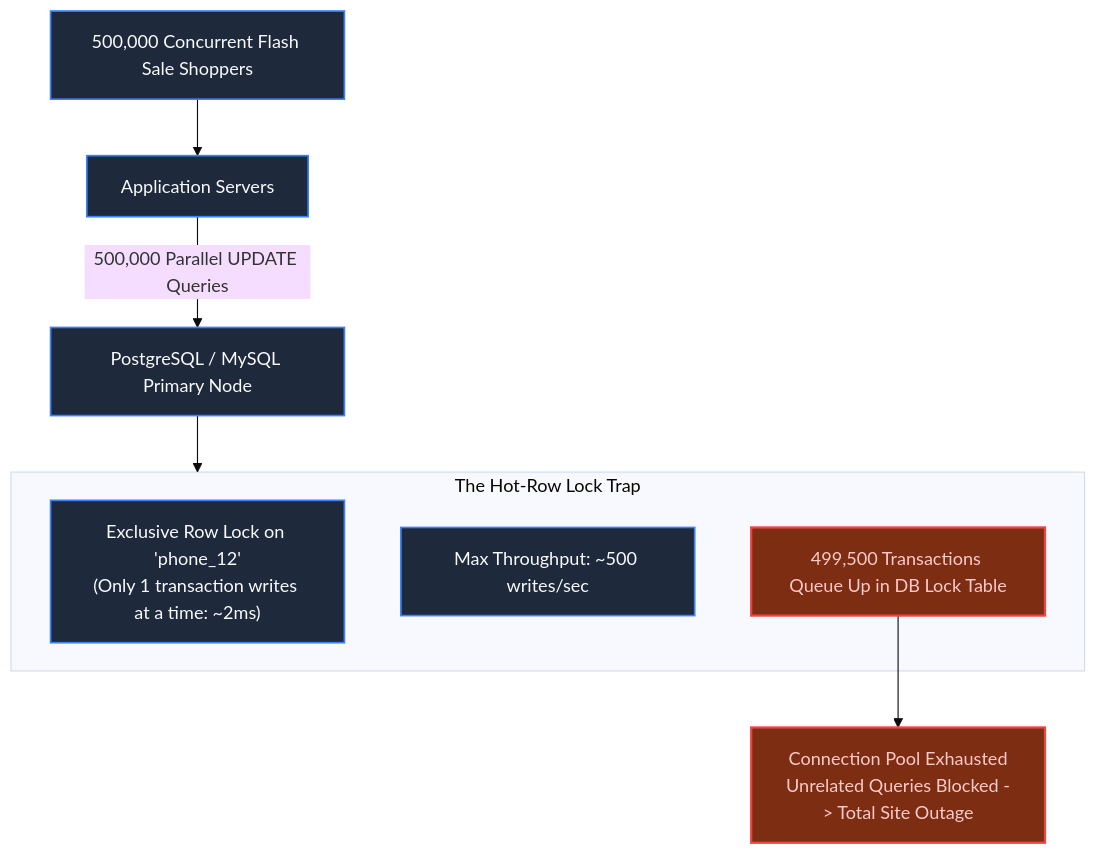
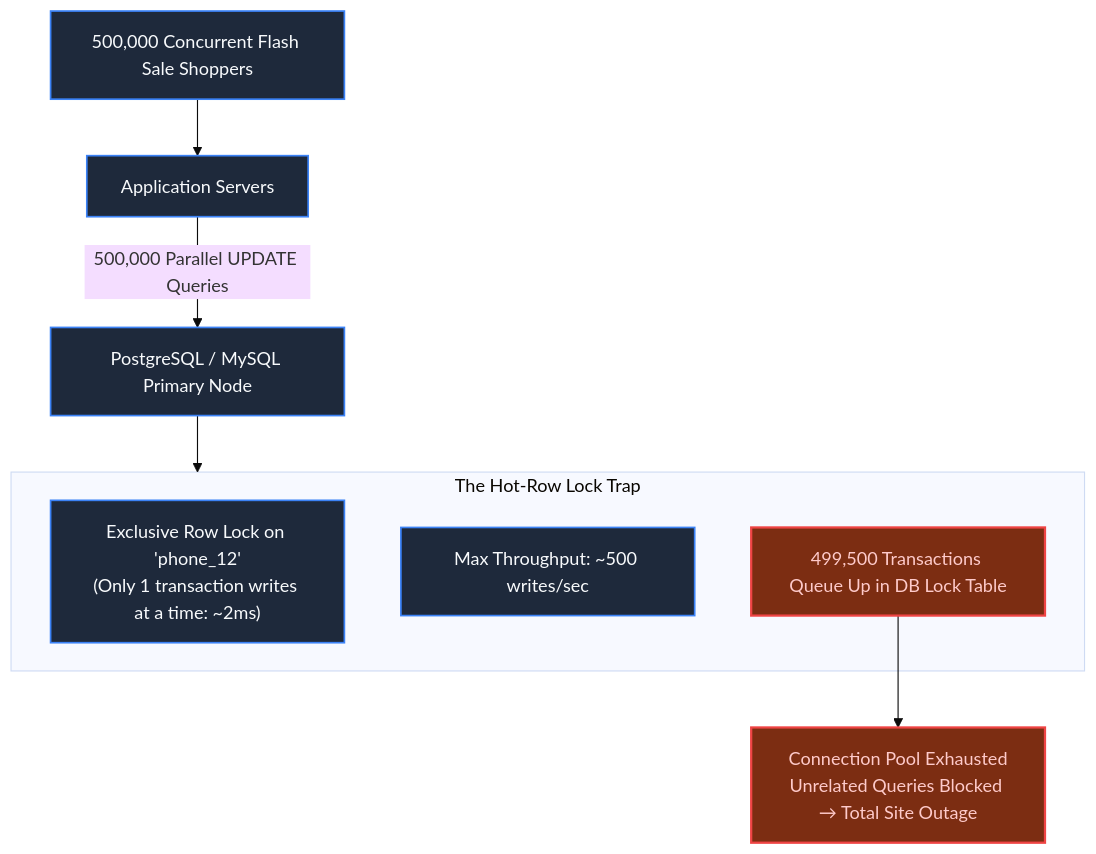
The first of 3 diagrams in book/part-02-concurrency-correctness/chapter-12-flash-sales-inventory-depletion.md (Priyeshnd555/systems-beyond-the-code), drawn with Mermaid (base theme) before and after one commit. The commit also changed other lines of this file and 33 other files, not shown here.

Commit message:
feat: add dynamic mermaid diagram sanitization and update chart syntax across book chapters

````diff
--- a/book/part-02-concurrency-correctness/chapter-12-flash-sales-inventory-depletion.md
+++ b/book/part-02-concurrency-correctness/chapter-12-flash-sales-inventory-depletion.md
@@ -23,18 +23,18 @@
 ```mermaid
 flowchart TD
     Crowd["500,000 Concurrent Flash Sale Shoppers"] --> App["Application Servers"]
     App -->|500,000 Parallel UPDATE Queries| DB["PostgreSQL / MySQL Primary Node"]
     
     subgraph HotRowContention ["The Hot-Row Lock Trap"]
         Lock["Exclusive Row Lock on 'phone_12'\n(Only 1 transaction writes at a time: ~2ms)"]
         Throughput["Max Throughput: ~500 writes/sec"]
         Queue["499,500 Transactions Queue Up in DB Lock Table"]
     end
     
     DB --> HotRowContention
-    Queue --> Crash["Connection Pool Exhausted\nUnrelated Queries Blocked -> Total Site Outage"]
+    Queue --> Crash["Connection Pool Exhausted\nUnrelated Queries Blocked → Total Site Outage"]
 
     classDef default fill:#1e293b,stroke:#3b82f6,stroke-width:1.5px,color:#f8fafc;
     classDef alert fill:#7c2d12,stroke:#ef4444,stroke-width:2px,color:#fecaca;
     class Crash,Queue alert;
 ```
````
